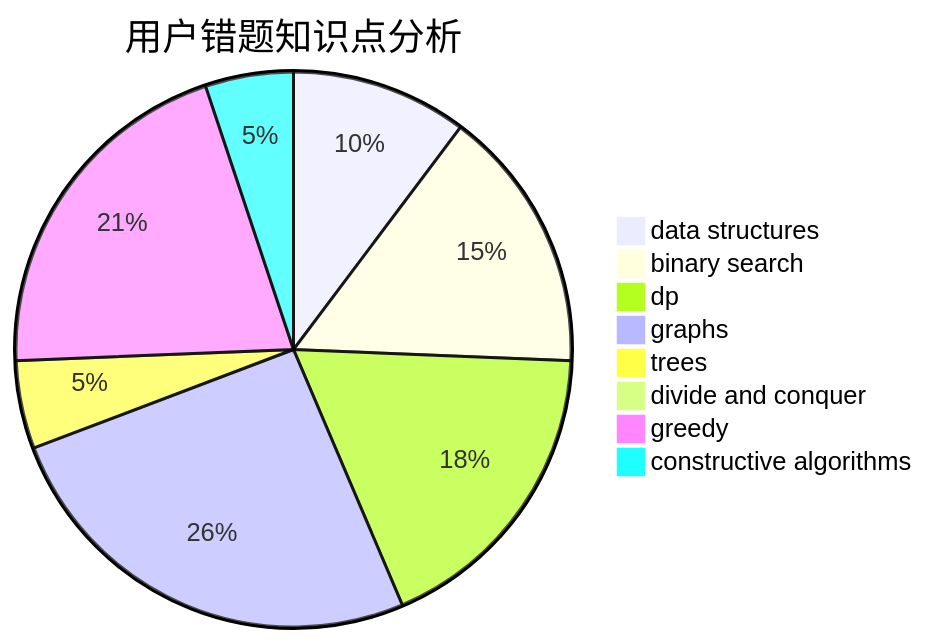
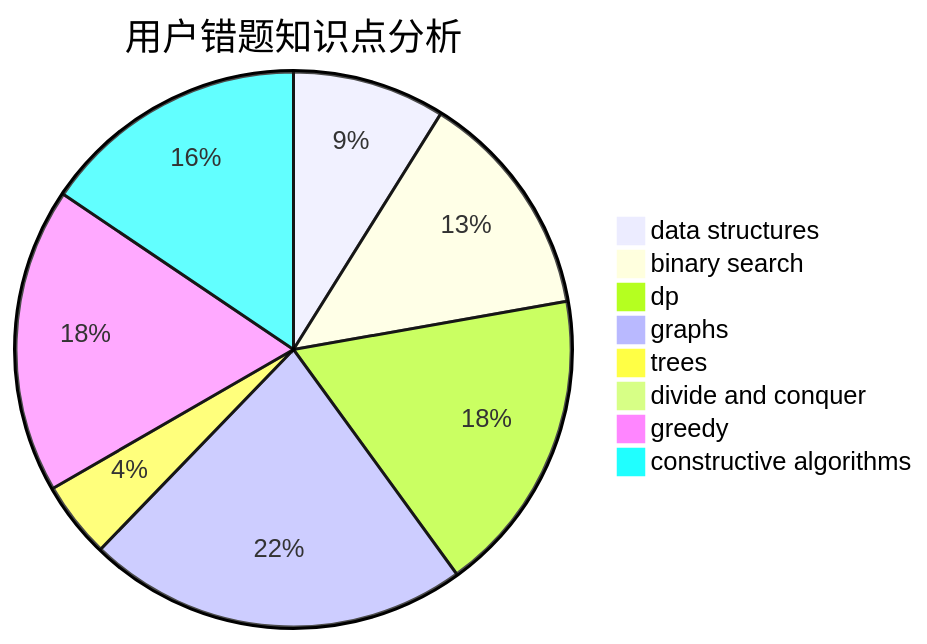
One commit to sherpahu/cfrs.github.io changed the third of 3 diagrams in docs/user/u1616.md. Above: the diagram before and after it, drawn with Mermaid. The commit also changed other lines of this file and 2770 other files, not shown here.

````diff
--- a/docs/user/u1616.md
+++ b/docs/user/u1616.md
@@ -36,11 +36,11 @@
 ```mermaid
 pie title 用户错题知识点分析
     "data structures" :  4
     "binary search" :  6
-    "dp" :  7
+    "dp" :  8
     "graphs" :  10
     "trees" :  2
     "divide and conquer" :  0
     "greedy" :  8
-    "constructive algorithms" :  2
+    "constructive algorithms" :  7
 ```
````
